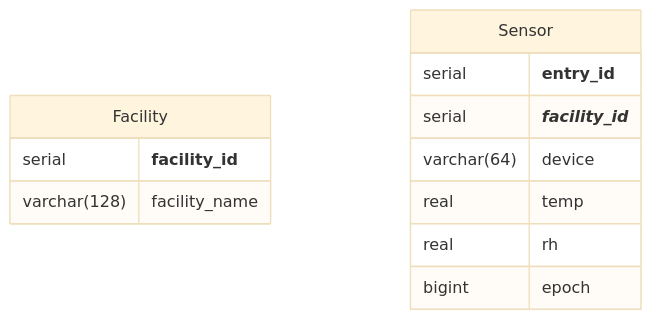
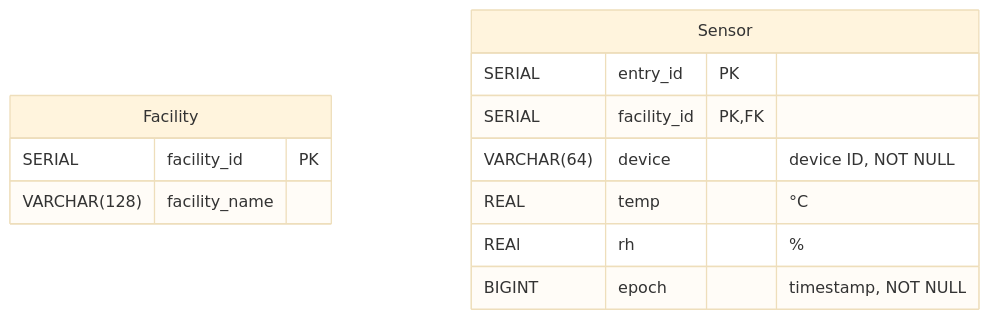
Before and after one commit to stray-gr/senior-design: the third of 5 diagrams in docs/design_diagrams.md, drawn with Mermaid (base theme). The commit also changed other lines of this file and 6 other files, not shown here.

Commit message:
Fixed bug in data schema tables diagram

````diff
--- a/docs/design_diagrams.md
+++ b/docs/design_diagrams.md
@@ -81,15 +82,15 @@
 ```mermaid
 erDiagram
 Facility {
-  serial **facility_id**
-  varchar(128) facility_name
+  SERIAL facility_id PK
+  VARCHAR(128) facility_name
 }
 Sensor {
-  serial **entry_id**
-  serial ***facility_id***
-  varchar(64) device
-  real temp
-  real rh
-  bigint epoch
+  SERIAL entry_id PK
+  SERIAL facility_id PK,FK
+  VARCHAR(64) device "device ID, NOT NULL"
+  REAL temp "°C"
+  REAl rh "%"
+  BIGINT epoch "timestamp, NOT NULL"
 }
 ```
````
